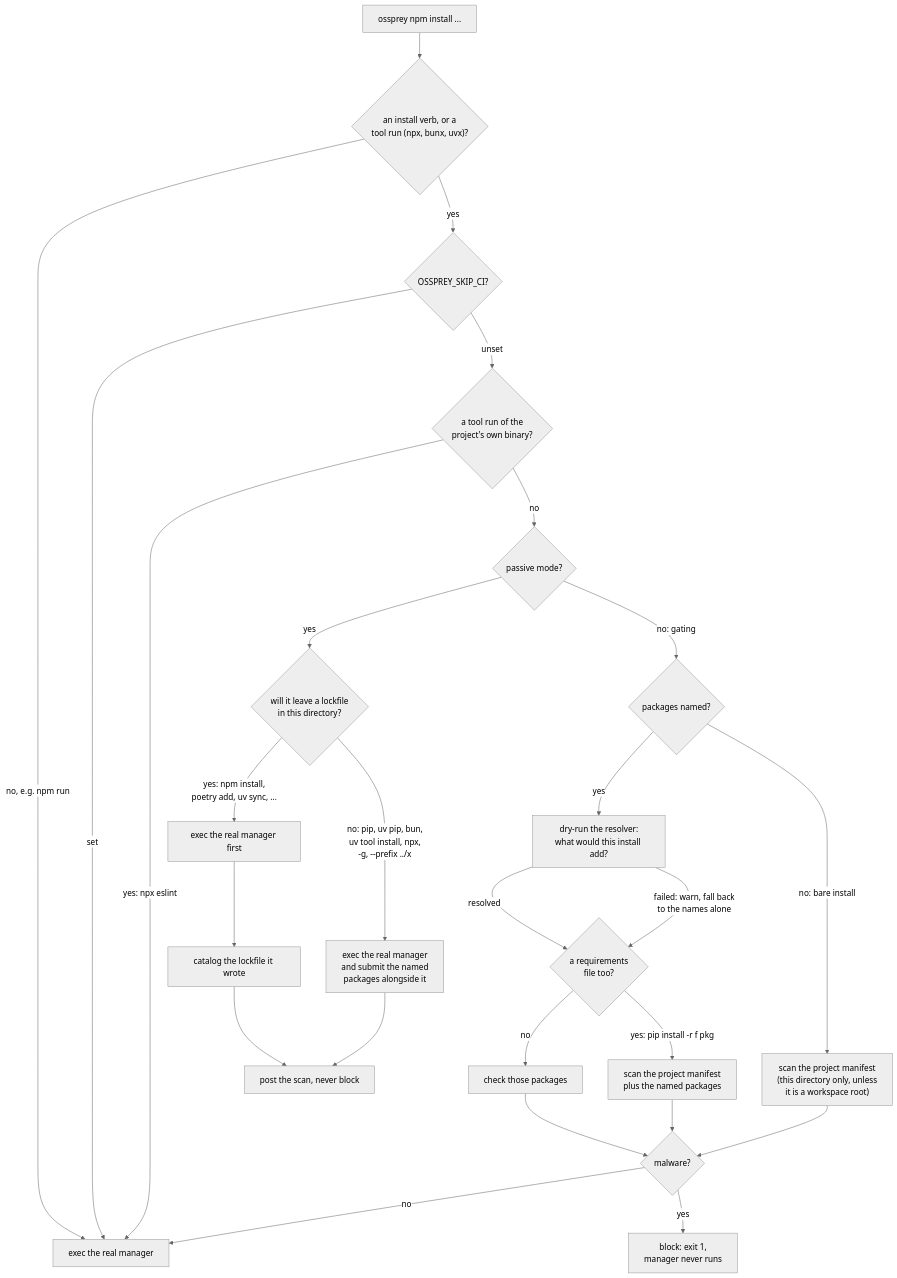
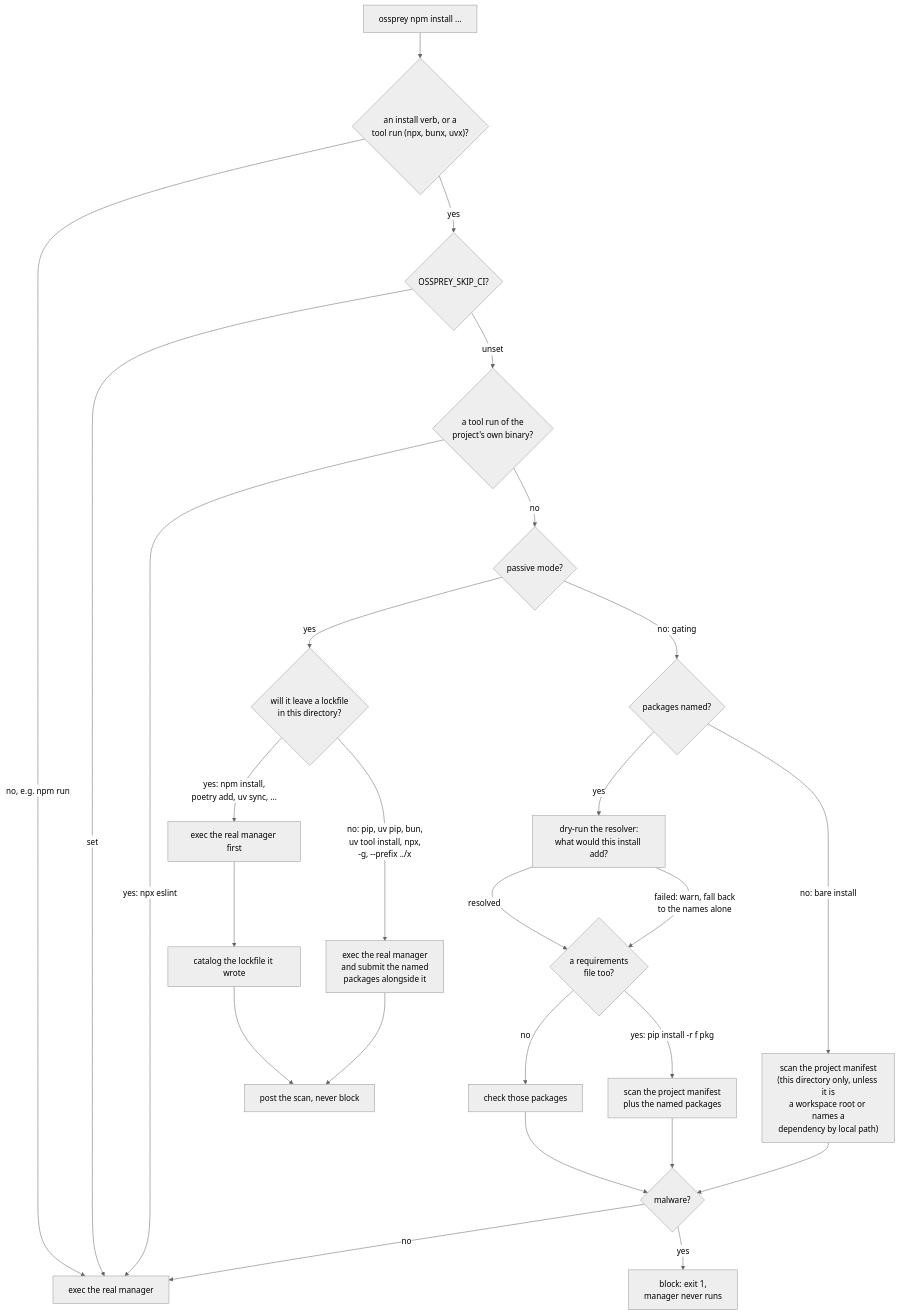
The second of 3 diagrams in docs/architecture.md (ossprey/ossprey-cli), drawn with Mermaid (neutral theme) before and after one commit. The commit also changed 11 other files, not shown here.

````diff
--- a/docs/architecture.md
+++ b/docs/architecture.md
@@ -49,30 +49,30 @@
 ```mermaid
 flowchart TD
     S["ossprey npm install ..."] --> T{"an install verb, or a<br/>tool run (npx, bunx, uvx)?"}
     T -- "no, e.g. npm run" --> U["exec the real manager"]
     T -- "yes" --> V{"OSSPREY_SKIP_CI?"}
     V -- "set" --> U
     V -- "unset" --> L{"a tool run of the<br/>project's own binary?"}
     L -- "yes: npx eslint" --> U
     L -- "no" --> W{"passive mode?"}
 
     W -- "no: gating" --> X{"packages named?"}
     X -- "yes" --> E["dry-run the resolver:<br/>what would this install add?"]
     E -- "resolved" --> R{"a requirements<br/>file too?"}
     E -- "failed: warn, fall back<br/>to the names alone" --> R
     R -- "no" --> Y["check those packages"]
     R -- "yes: pip install -r f pkg" --> RZ["scan the project manifest<br/>plus the named packages"]
-    X -- "no: bare install" --> Z["scan the project manifest<br/>(this directory only, unless<br/>it is a workspace root)"]
+    X -- "no: bare install" --> Z["scan the project manifest<br/>(this directory only, unless it is<br/>a workspace root or names a<br/>dependency by local path)"]
     Y --> AA{"malware?"}
     RZ --> AA
     Z --> AA
     AA -- "yes" --> AB["block: exit 1,<br/>manager never runs"]
     AA -- "no" --> U
 
     W -- "yes" --> AC{"will it leave a lockfile<br/>in this directory?"}
     AC -- "yes: npm install,<br/>poetry add, uv sync, ..." --> AD["exec the real manager first"]
     AD --> AE["catalog the lockfile it wrote"]
     AE --> AF["post the scan, never block"]
     AC -- "no: pip, uv pip, bun,<br/>uv tool install, npx,<br/>-g, --prefix ../x" --> AG["exec the real manager<br/>and submit the named<br/>packages alongside it"]
     AG --> AF
 ```
````
